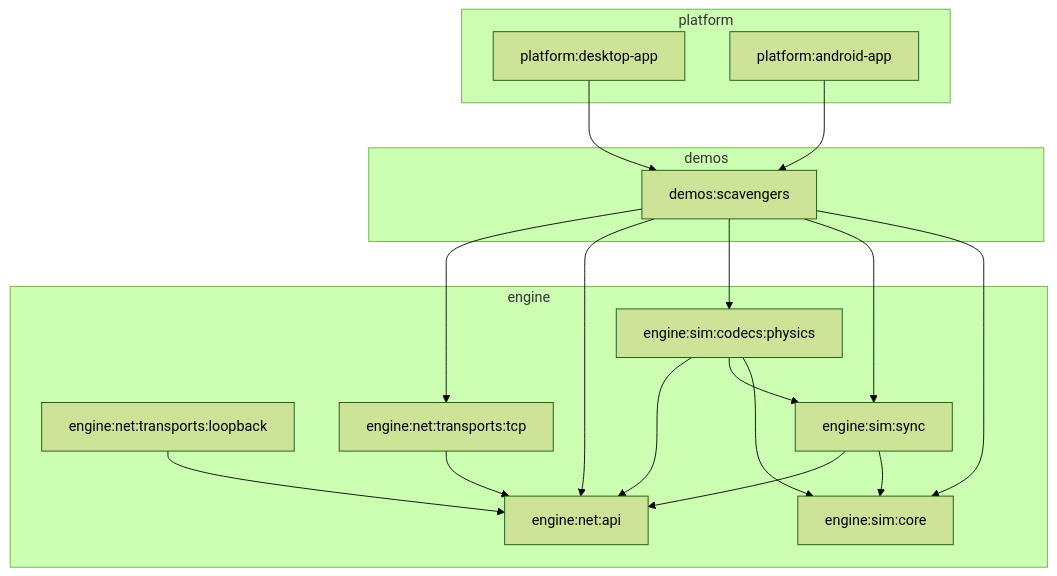
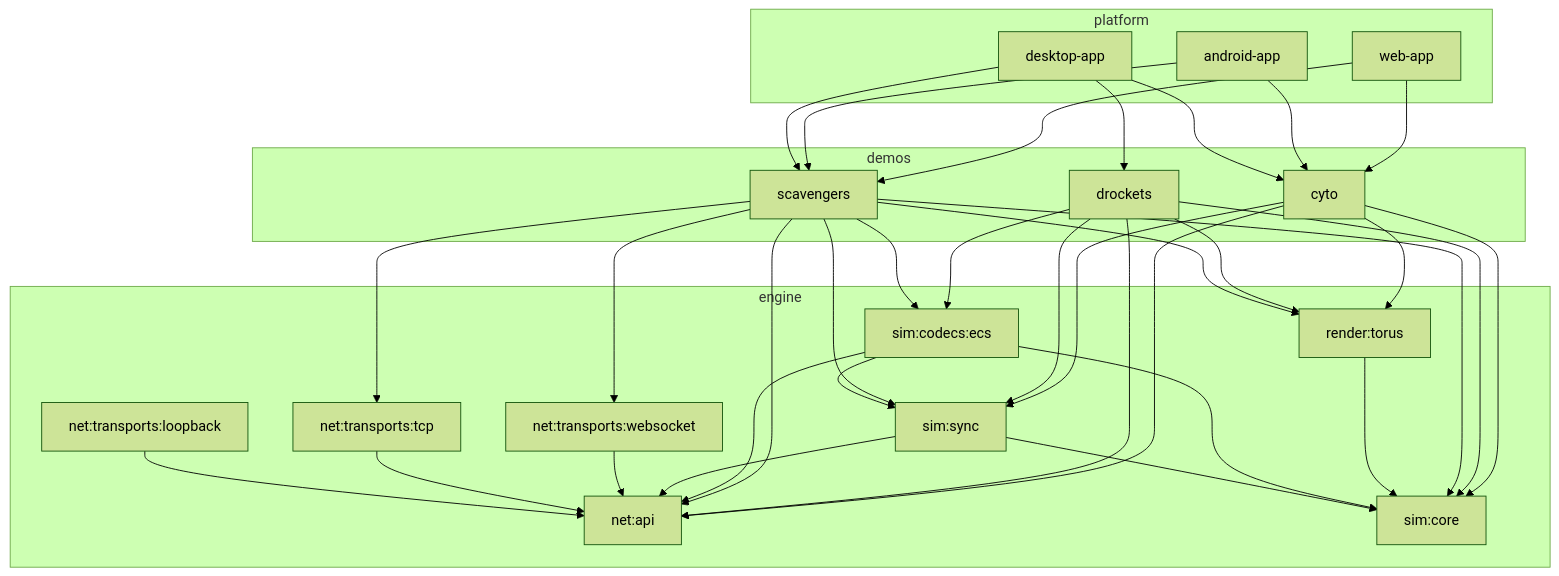
One commit to stuartorchard8/Emerge changed the diagram in README.md. Above: the diagram before and after it, drawn with Mermaid (forest theme). The commit also changed other lines of this file, not shown here.

First line of the commit message:
docs: refresh README to current 3-demo / codecs:ecs / SoA layout

````diff
--- a/README.md
+++ b/README.md
@@ -38,38 +62,44 @@
 ```mermaid
 graph TD
   subgraph engine
-    net_api[engine:net:api]
-    net_loop[engine:net:transports:loopback]
-    net_tcp[engine:net:transports:tcp]
-    sim_core[engine:sim:core]
-    sim_sync[engine:sim:sync]
-    sim_codec_phys[engine:sim:codecs:physics]
+    net_api[net:api]
+    net_loop[net:transports:loopback]
+    net_tcp[net:transports:tcp]
+    net_ws[net:transports:websocket]
+    sim_core[sim:core]
+    sim_sync[sim:sync]
+    codecs_ecs[sim:codecs:ecs]
+    render[render:torus]
   end
 
   subgraph demos
-    demo_scav[demos:scavengers]
+    scav[scavengers]
+    drockets[drockets]
+    cyto[cyto]
   end
 
   subgraph platform
-    desktop[platform:desktop-app]
-    android[platform:android-app]
+    desktop[desktop-app]
+    android[android-app]
+    web[web-app]
   end
 
   net_loop --> net_api
   net_tcp --> net_api
+  net_ws --> net_api
 
   sim_sync --> sim_core
   sim_sync --> net_api
-  sim_codec_phys --> sim_core
-  sim_codec_phys --> sim_sync
-  sim_codec_phys --> net_api
+  codecs_ecs --> sim_core
+  codecs_ecs --> sim_sync
+  codecs_ecs --> net_api
+  render --> sim_core
 
-  demo_scav --> sim_core
-  demo_scav --> sim_sync
-  demo_scav --> sim_codec_phys
-  demo_scav --> net_api
-  demo_scav --> net_tcp
+  scav --> sim_core & sim_sync & codecs_ecs & render & net_api & net_tcp & net_ws
+  drockets --> sim_core & sim_sync & codecs_ecs & render & net_api
+  cyto --> sim_core & sim_sync & render & net_api
 
-  desktop --> demo_scav
-  android --> demo_scav
+  desktop --> scav & drockets & cyto
+  android --> scav & cyto
+  web --> scav & cyto
 ```
````
